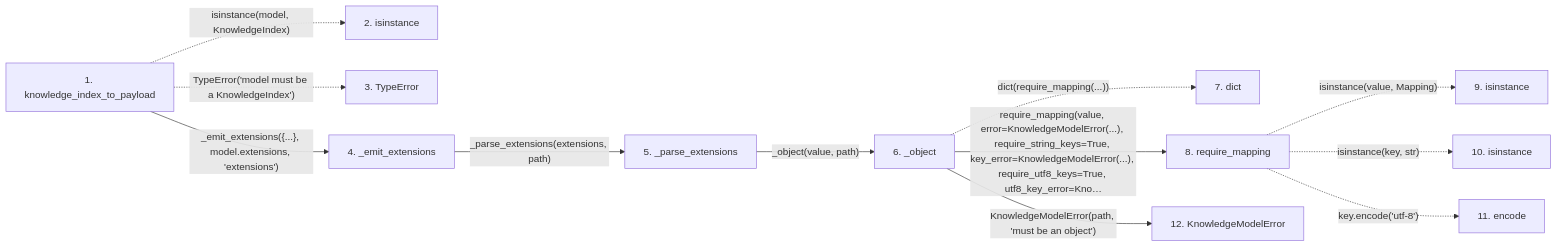
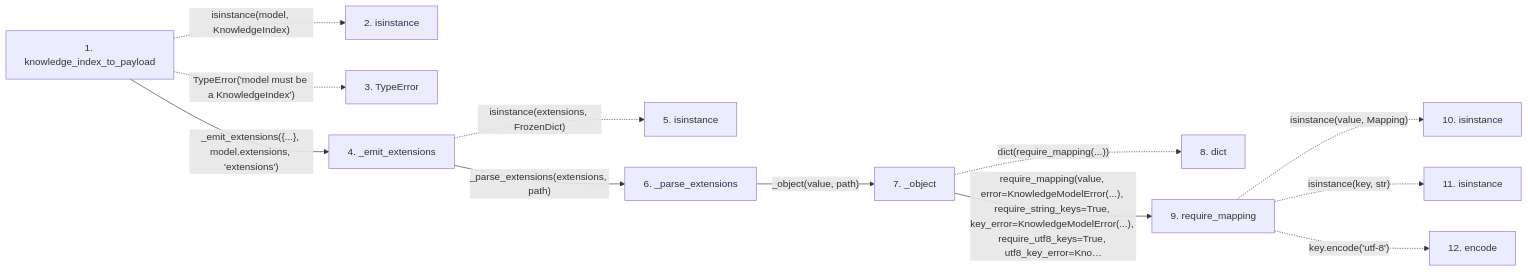
One commit to Denissvgn/python-wiki-llm changed the second of 2 diagrams in docs/llm_wiki/flows/api-knowledge_index_to_payload-knowledge_model.md. Above: the diagram before and after it, drawn with Mermaid. The commit also changed other lines of this file and 240 other files, not shown here.

````diff
--- a/docs/llm_wiki/flows/api-knowledge_index_to_payload-knowledge_model.md
+++ b/docs/llm_wiki/flows/api-knowledge_index_to_payload-knowledge_model.md
@@ -83,32 +83,31 @@
 ```mermaid
 flowchart LR
     s1["1. knowledge_index_to_payload"]
     s2["2. isinstance"]
     s3["3. TypeError"]
     s4["4. _emit_extensions"]
-    s5["5. _parse_extensions"]
-    s6["6. _object"]
-    s7["7. dict"]
-    s8["8. require_mapping"]
-    s9["9. isinstance"]
+    s5["5. isinstance"]
+    s6["6. _parse_extensions"]
+    s7["7. _object"]
+    s8["8. dict"]
+    s9["9. require_mapping"]
     s10["10. isinstance"]
-    s11["11. encode"]
-    s12["12. KnowledgeModelError"]
+    s11["11. isinstance"]
+    s12["12. encode"]
     s1 -. "isinstance(model, KnowledgeIndex)" .-> s2
     s1 -. "TypeError('model must be a KnowledgeIndex')" .-> s3
     s1 -->|"_emit_extensions({...}, model.extensions, 'extensions')"| s4
-    s4 -->|"_parse_extensions(extensions, path)"| s5
-    s5 -->|"_object(value, path)"| s6
-    s6 -. "dict(require_mapping(...))" .-> s7
-    s6 -->|"require_mapping(value, error=KnowledgeModelError(...), require_string_keys=True, key_error=KnowledgeModelError(...), require_utf8_keys=True, utf8_key_error=Kno…"| s8
-    s8 -. "isinstance(value, Mapping)" .-> s9
-    s8 -. "isinstance(key, str)" .-> s10
-    s8 -. "key.encode('utf-8')" .-> s11
-    s6 -->|"KnowledgeModelError(path, 'must be an object')"| s12
+    s4 -. "isinstance(extensions, FrozenDict)" .-> s5
+    s4 -->|"_parse_extensions(extensions, path)"| s6
+    s6 -->|"_object(value, path)"| s7
+    s7 -. "dict(require_mapping(...))" .-> s8
+    s7 -->|"require_mapping(value, error=KnowledgeModelError(...), require_string_keys=True, key_error=KnowledgeModelError(...), require_utf8_keys=True, utf8_key_error=Kno…"| s9
+    s9 -. "isinstance(value, Mapping)" .-> s10
+    s9 -. "isinstance(key, str)" .-> s11
+    s9 -. "key.encode('utf-8')" .-> s12
     click s1 "../modules/knowledge_model.md"
     click s4 "../modules/knowledge_model.md"
-    click s5 "../modules/knowledge_model.md"
     click s6 "../modules/knowledge_model.md"
-    click s8 "../modules/validation.md"
-    click s12 "../modules/knowledge_model.md"
+    click s7 "../modules/knowledge_model.md"
+    click s9 "../modules/validation.md"
 ```
````
